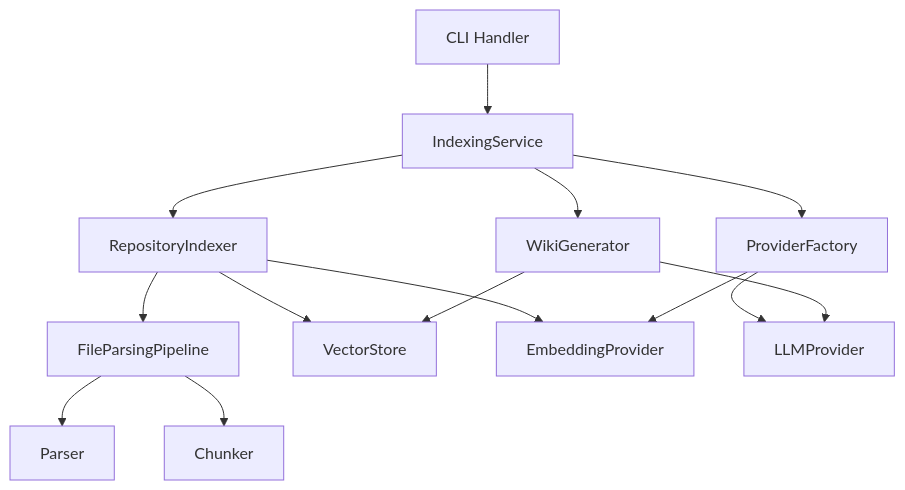
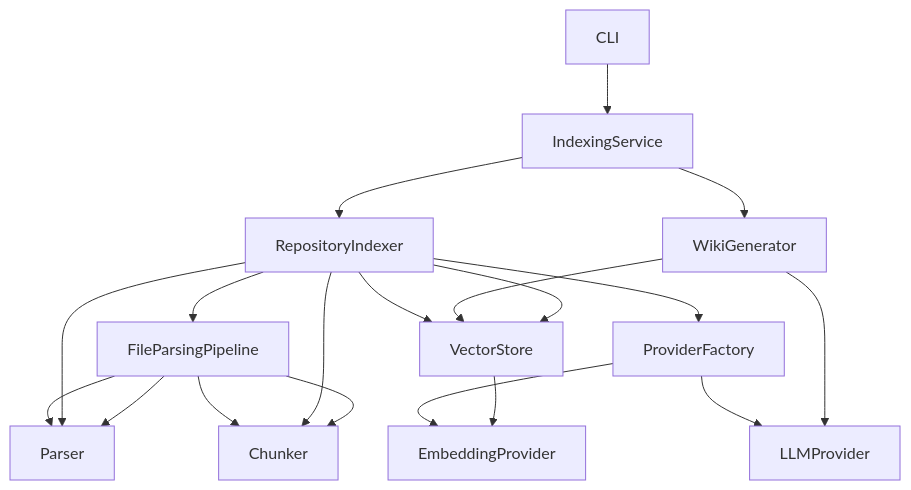
One commit to UrbanDiver/local-deepwiki-mcp changed the diagram in .deepwiki/architecture.md. Above: the diagram before and after it, drawn with Mermaid. The commit also changed other lines of this file and 72 other files, not shown here.

````diff
--- a/.deepwiki/architecture.md
+++ b/.deepwiki/architecture.md
@@ -57,16 +46,21 @@
 ```mermaid
 graph TD
-    A[CLI Handler] --> B[IndexingService]
+    A[CLI] --> B[IndexingService]
     B --> C[RepositoryIndexer]
     B --> D[WikiGenerator]
-    B --> E[ProviderFactory]
-    C --> F[FileParsingPipeline]
-    C --> G[VectorStore]
-    C --> H[EmbeddingProvider]
-    F --> I[Parser]
-    F --> J[Chunker]
-    E --> K[LLMProvider]
+    C --> E[FileParsingPipeline]
+    C --> F[VectorStore]
+    C --> G[ProviderFactory]
+    E --> H[Parser]
+    E --> I[Chunker]
+    G --> J[LLMProvider]
+    G --> K[EmbeddingProvider]
+    D --> J
+    D --> F
+    F --> K
+    C --> F
+    C --> H
+    C --> I
     E --> H
-    D --> K
-    D --> G
+    E --> I
 ```
````
